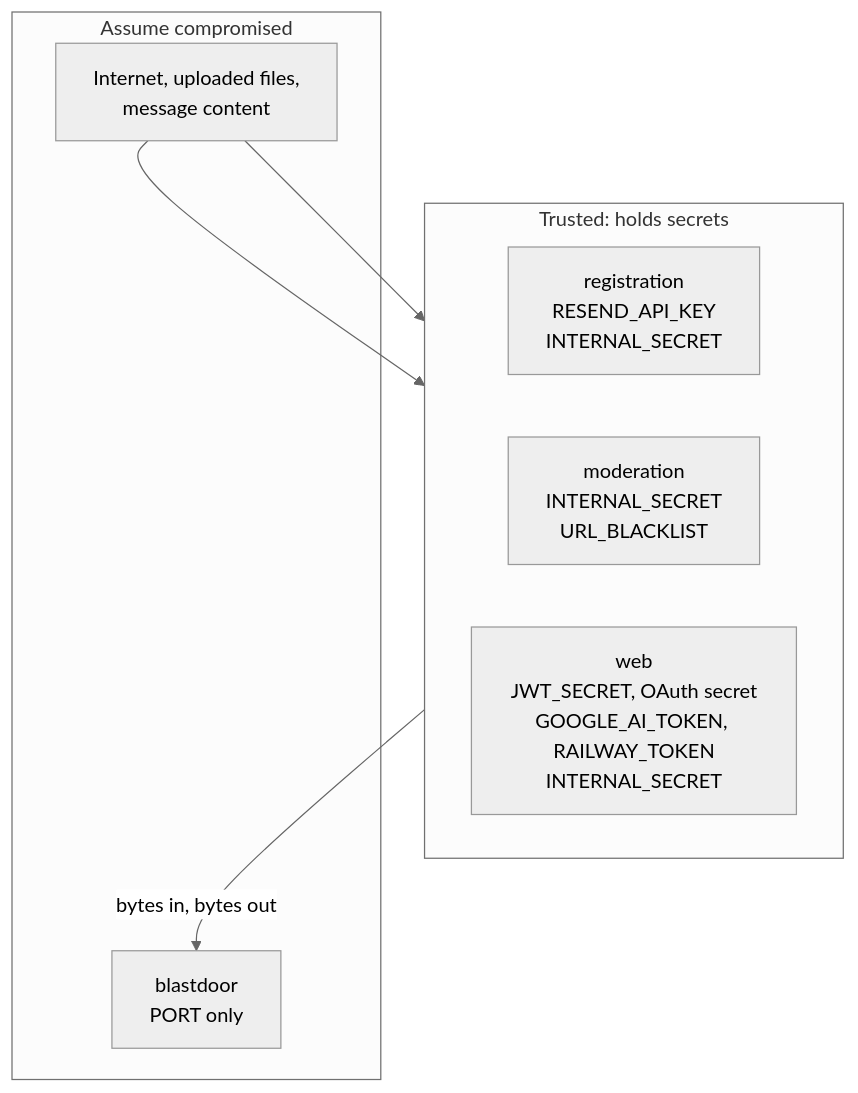
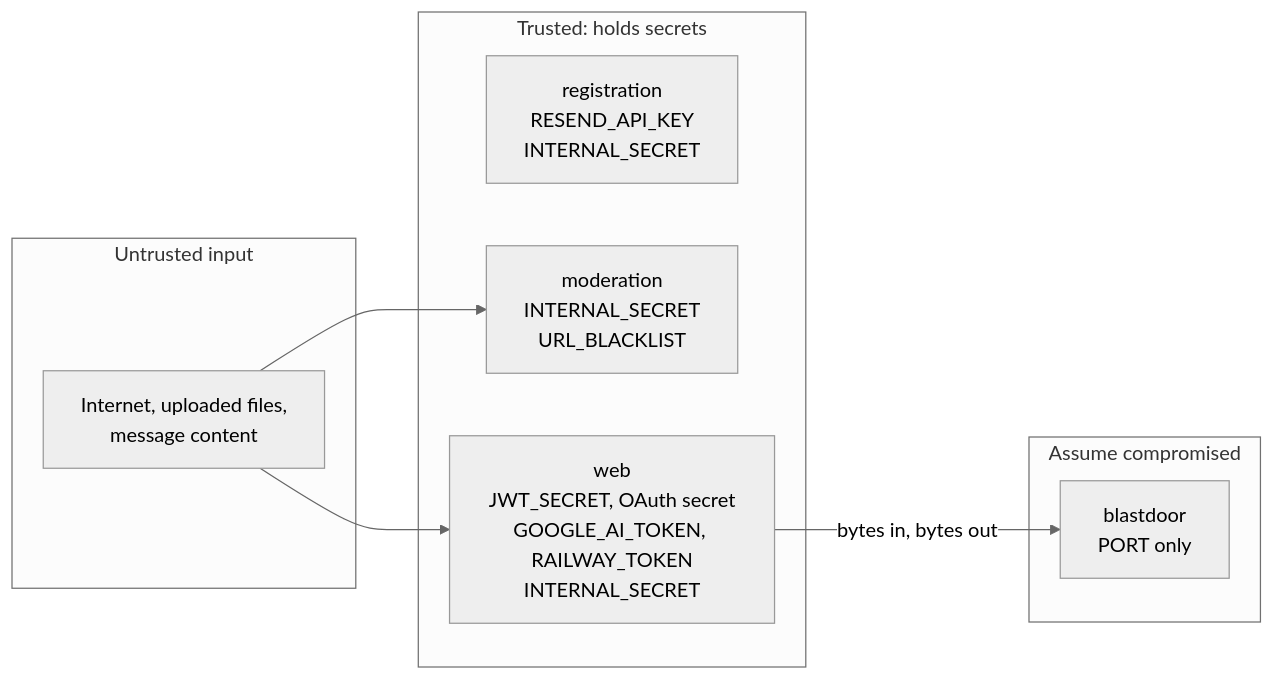
One commit to donfn/steki-discord-bot changed diagram 11 of 11 in docs/ARCHITECTURE.md. Above: the diagram before and after it, drawn with Mermaid (neutral theme). The commit also changed other lines of this file and 237 other files, not shown here.

````diff
--- a/docs/ARCHITECTURE.md
+++ b/docs/ARCHITECTURE.md
@@ -433,17 +395,20 @@
 ```mermaid
-flowchart TB
+flowchart LR
+    subgraph input["Untrusted input"]
+        I["Internet, uploaded files,<br/>message content"]
+    end
+
     subgraph trusted["Trusted: holds secrets"]
-        direction LR
         R["registration<br/>RESEND_API_KEY<br/>INTERNAL_SECRET"]
         M["moderation<br/>INTERNAL_SECRET<br/>URL_BLACKLIST"]
         W["web<br/>JWT_SECRET, OAuth secret<br/>GOOGLE_AI_TOKEN, RAILWAY_TOKEN<br/>INTERNAL_SECRET"]
     end
+
     subgraph untrusted["Assume compromised"]
         B["blastdoor<br/>PORT only"]
-        I["Internet, uploaded files,<br/>message content"]
     end
 
+    I --> M
     I --> W
-    I --> M
     W -->|bytes in, bytes out| B
 ```
````
